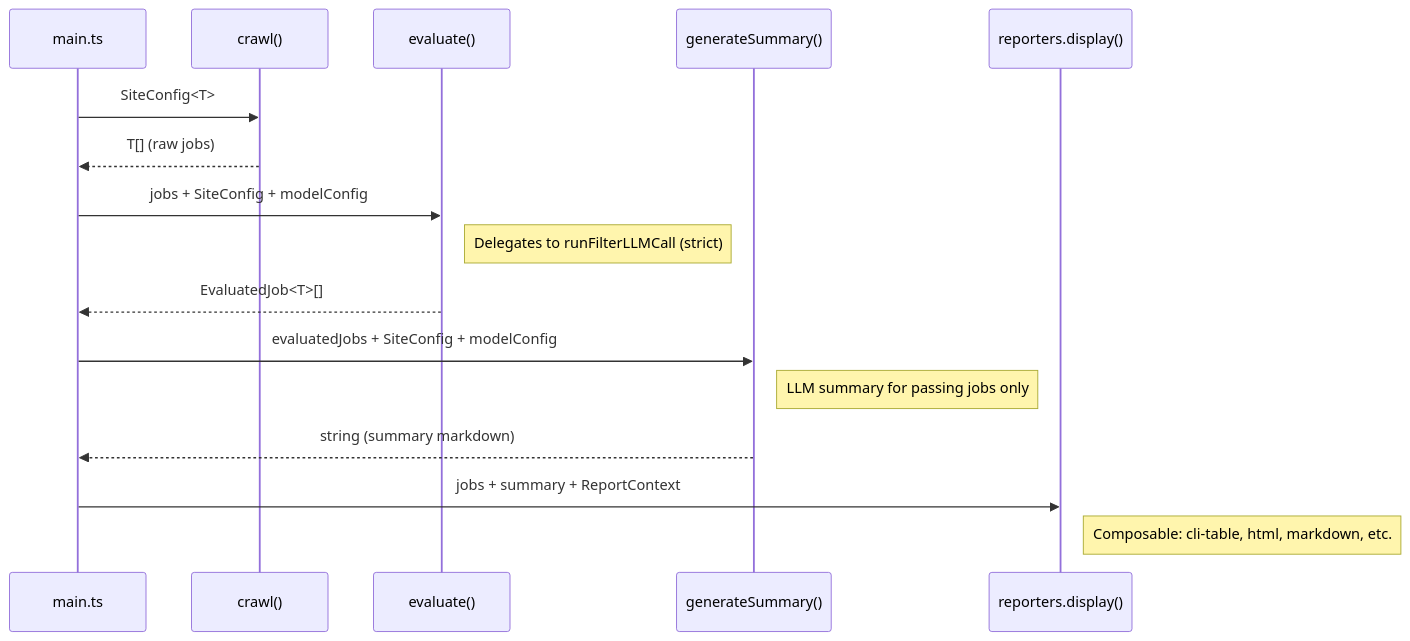
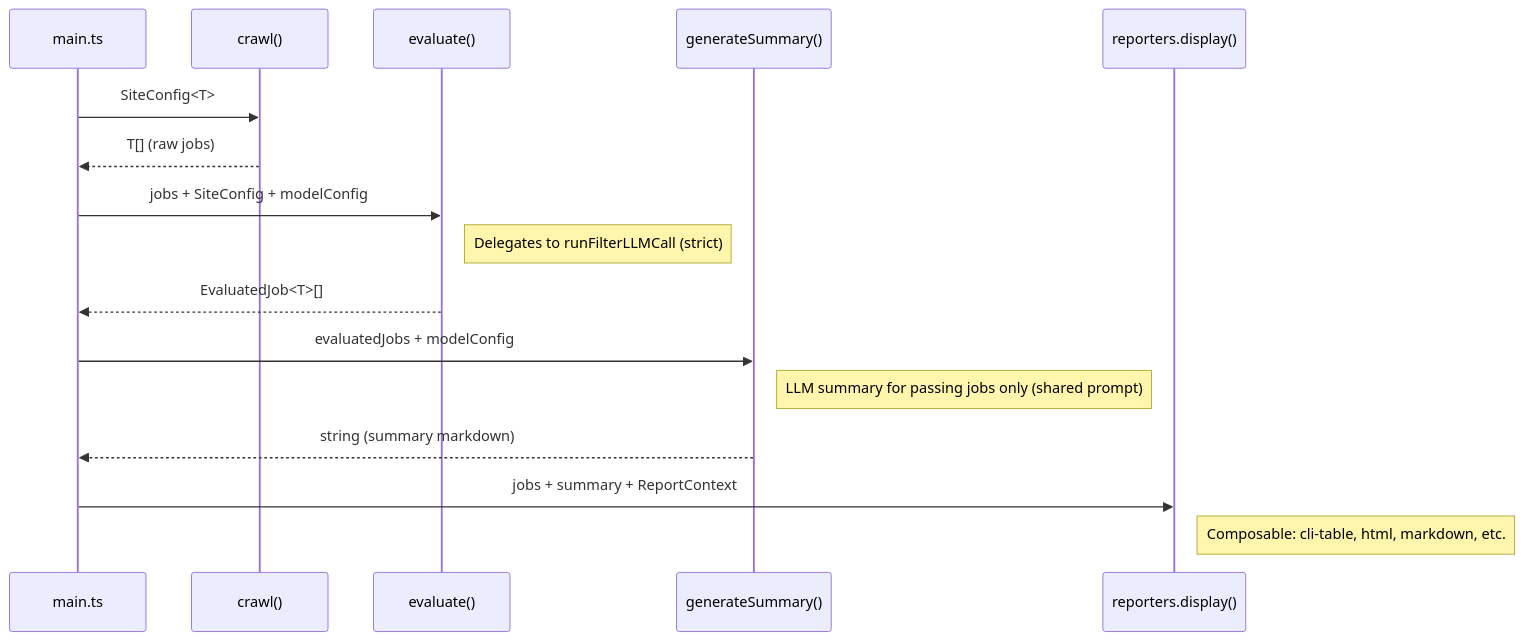
The diagram in src/pipeline/README.md (nightknighto/AI-powered-job-crawler), drawn with Mermaid before and after one commit. The commit also changed other lines of this file and 19 other files, not shown here.

Commit message:
feat: unify job summary prompt handling across sites

````diff
--- a/src/pipeline/README.md
+++ b/src/pipeline/README.md
@@ -59,19 +59,19 @@
 ```mermaid
 sequenceDiagram
     participant main as main.ts
     participant crawl as crawl()
     participant evaluate as evaluate()
     participant summarize as generateSummary()
     participant reporters as reporters.display()
 
     main->>crawl: SiteConfig<T>
     crawl-->>main: T[] (raw jobs)
     main->>evaluate: jobs + SiteConfig + modelConfig
     Note right of evaluate: Delegates to runFilterLLMCall (strict)
     evaluate-->>main: EvaluatedJob<T>[]
-    main->>summarize: evaluatedJobs + SiteConfig + modelConfig
-    Note right of summarize: LLM summary for passing jobs only
+    main->>summarize: evaluatedJobs + modelConfig
+    Note right of summarize: LLM summary for passing jobs only (shared prompt)
     summarize-->>main: string (summary markdown)
     main->>reporters: jobs + summary + ReportContext
     Note right of reporters: Composable: cli-table, html, markdown, etc.
 ```
````
